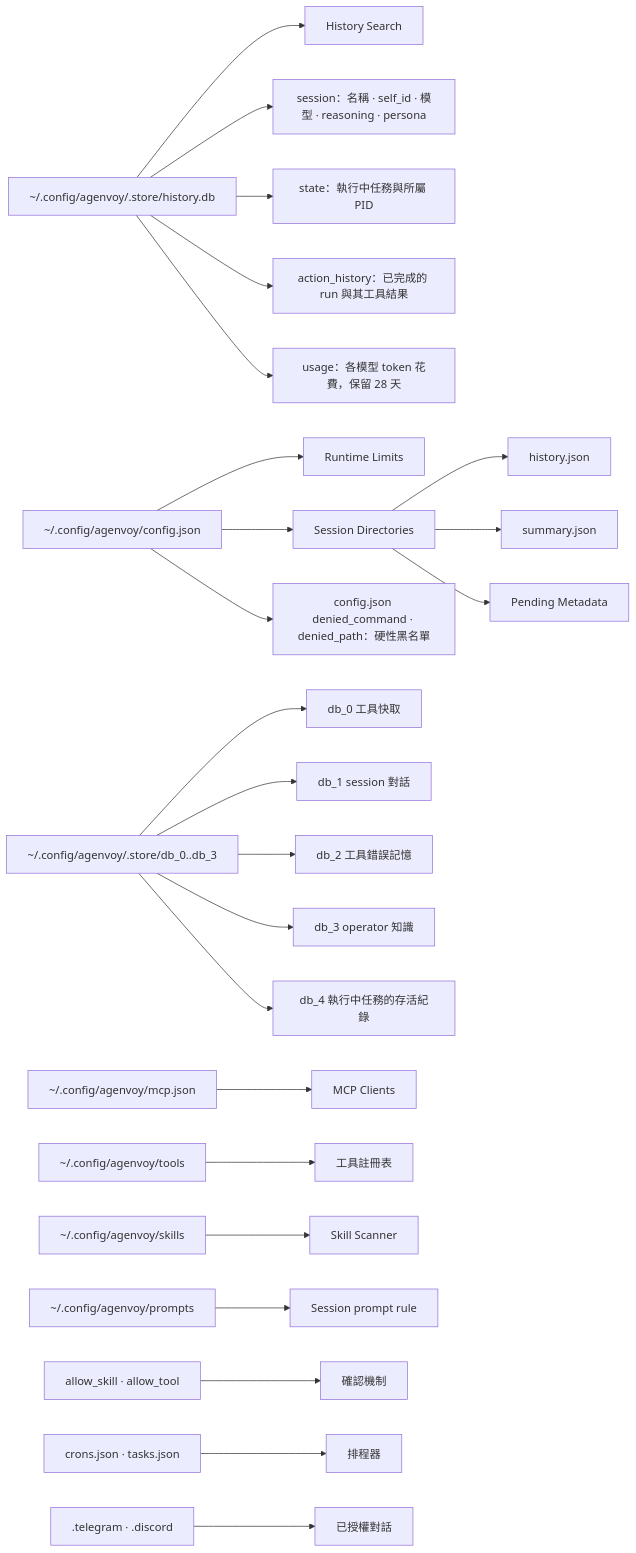
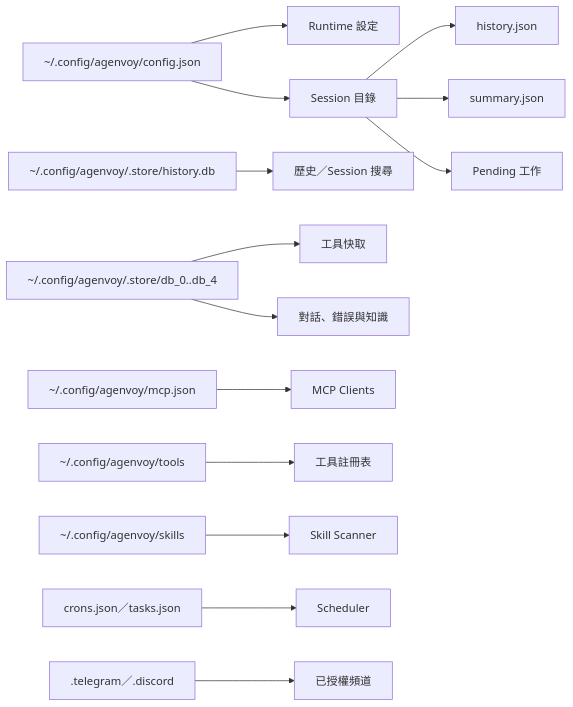
One commit to agenvoy/Agenvoy changed the ninth of 9 diagrams in doc/architecture.zh.md. Above: the diagram before and after it, drawn with Mermaid. The commit also changed other lines of this file and 5 other files, not shown here.

````diff
--- a/doc/architecture.zh.md
+++ b/doc/architecture.zh.md
@@ -289,26 +187,16 @@
 ```mermaid
 flowchart LR
-    Config[~/.config/agenvoy/config.json] --> Limits[Runtime Limits]
-    Config --> Sessions[Session Directories]
+    Config[~/.config/agenvoy/config.json] --> Runtime[Runtime 設定]
+    Config --> Sessions[Session 目錄]
     Sessions --> History[history.json]
     Sessions --> Summary[summary.json]
-    Sessions --> Pending[Pending Metadata]
-    SQLite[~/.config/agenvoy/.store/history.db] --> Search[History Search]
-    SQLite --> SessionRow[session：名稱 · self_id · 模型 · reasoning · persona]
-    SQLite --> StateRow[state：執行中任務與所屬 PID]
-    SQLite --> ActionRow[action_history：已完成的 run 與其工具結果]
-    SQLite --> UsageRow[usage：各模型 token 花費，保留 28 天]
-    Torii[~/.config/agenvoy/.store/db_0..db_3] --> ToolCache[db_0 工具快取]
-    Torii --> SessionHist[db_1 session 對話]
-    Torii --> ErrorMemory[db_2 工具錯誤記憶]
-    Torii --> Knowledge[db_3 operator 知識]
-    Torii --> Online[db_4 執行中任務的存活紀錄]
+    Sessions --> Pending[Pending 工作]
+    SQLite[~/.config/agenvoy/.store/history.db] --> Search[歷史／Session 搜尋]
+    Torii[~/.config/agenvoy/.store/db_0..db_4] --> Cache[工具快取]
+    Torii --> Vectors[對話、錯誤與知識]
     MCP[~/.config/agenvoy/mcp.json] --> MCPClients[MCP Clients]
     Tools[~/.config/agenvoy/tools] --> Registry[工具註冊表]
     Skills[~/.config/agenvoy/skills] --> Scanner[Skill Scanner]
-    Prompts[~/.config/agenvoy/prompts] --> Rules[Session prompt rule]
-    Allow[allow_skill · allow_tool] --> Gate[確認機制]
-    Config --> CmdDeny[config.json denied_command · denied_path：硬性黑名單]
-    Schedule[crons.json · tasks.json] --> Scheduler[排程器]
-    Auth[.telegram · .discord] --> Channels[已授權對話]
+    Schedules[crons.json／tasks.json] --> Scheduler[Scheduler]
+    Auth[.telegram／.discord] --> Channels[已授權頻道]
 ```
````
